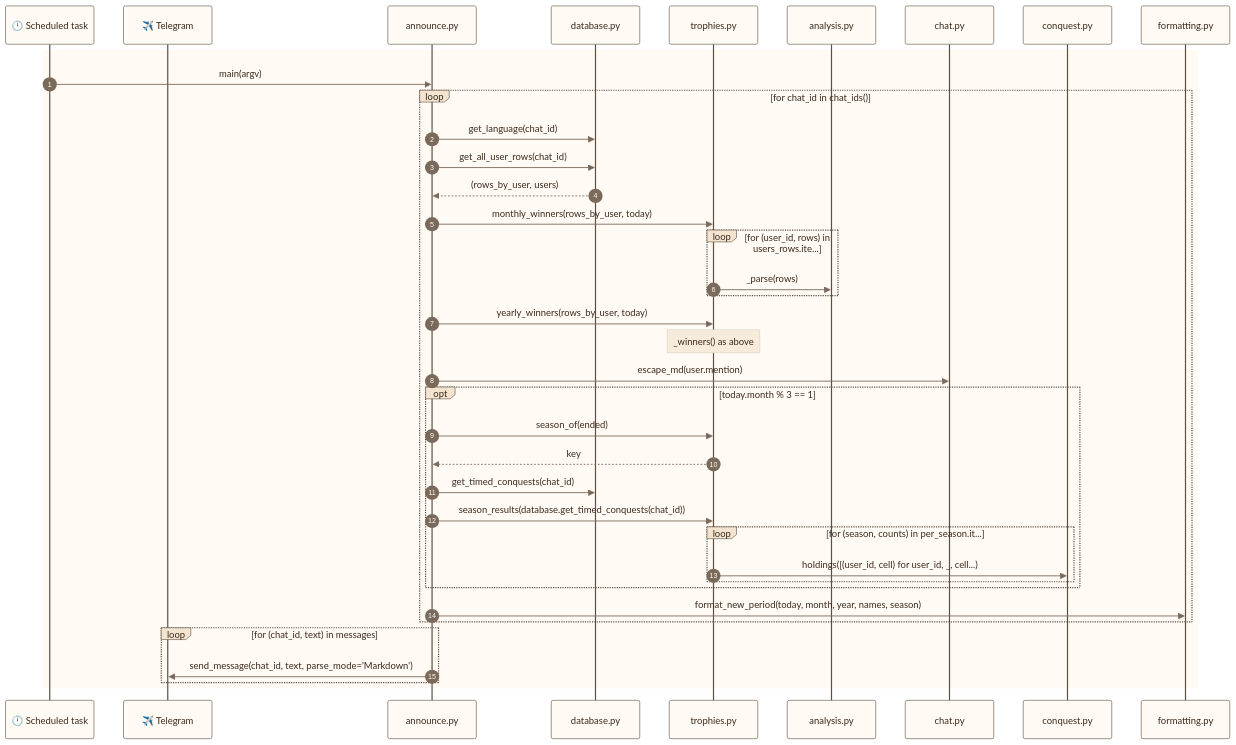
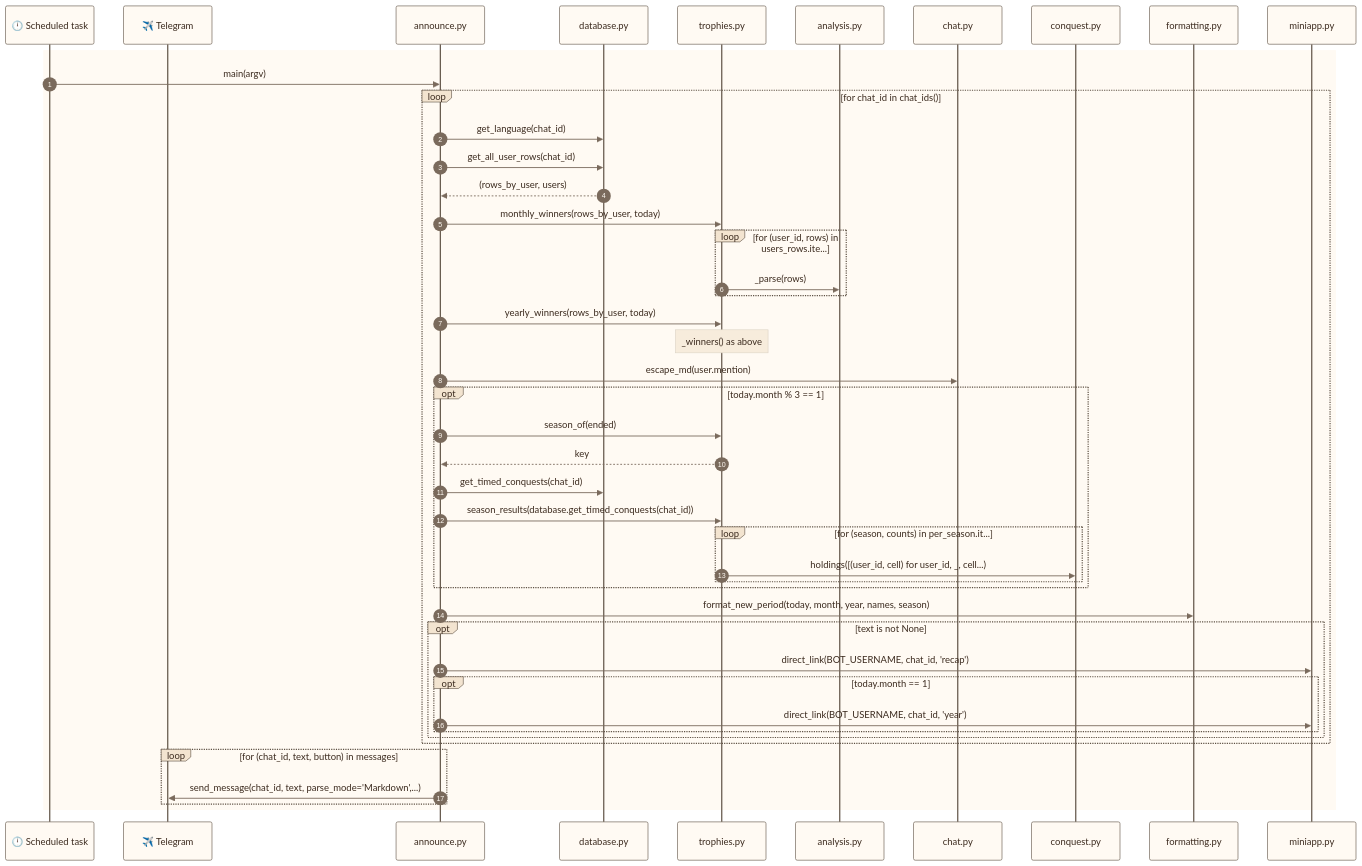
One commit to francescoperrino/Caccometro changed diagram 42 of 42 in docs/use_cases.md. Above: the diagram before and after it, drawn with Mermaid. The commit also changed other lines of this file and 44 other files, not shown here.

First line of the commit message:
Draw the recap of the month and of the year to share (#195)

````diff
--- a/docs/use_cases.md
+++ b/docs/use_cases.md
@@ -3553,72 +3573,79 @@
 ```mermaid
 ---
 config:
   theme: base
   themeVariables:
     fontFamily: "Nunito, Segoe UI, Roboto, sans-serif"
     primaryColor: "#fffaf3"
     primaryTextColor: "#3b2a1e"
     primaryBorderColor: "#eadccb"
     secondaryColor: "#f7ecdc"
     tertiaryColor: "#f3e4d0"
     lineColor: "#7a6a5c"
     textColor: "#3b2a1e"
     edgeLabelBackground: "#fffaf3"
     clusterBkg: "#f3e4d0"
     clusterBorder: "#cbbca9"
     titleColor: "#5c4f42"
     noteBkgColor: "#f7ecdc"
     noteTextColor: "#3b2a1e"
     actorBkg: "#fffaf3"
     actorBorder: "#5c4f42"
     actorTextColor: "#3b2a1e"
     signalColor: "#7a6a5c"
     signalTextColor: "#3b2a1e"
     labelBoxBkgColor: "#f3e4d0"
     loopTextColor: "#3b2a1e"
     sequenceNumberColor: "#fffaf3"
     xyChart:
       plotColorPalette: "#2f4f8f"
 ---
 sequenceDiagram
     accTitle: Sequence diagram, Midnight announcement (scheduled task)
     accDescr: The calls between the modules in time order, starting from announce.main
     autonumber
     participant task as 🕛 Scheduled task
     participant telegram as ✈️ Telegram
     participant announce as announce.py
     participant database as database.py
     participant trophies as trophies.py
     participant analysis as analysis.py
     participant chat as chat.py
     participant conquest as conquest.py
     participant formatting as formatting.py
+    participant miniapp as miniapp.py
     rect rgb(255, 250, 243)
         task->>announce: main(argv)
         loop for chat_id in chat_ids()
             announce->>database: get_language(chat_id)
             announce->>database: get_all_user_rows(chat_id)
             database-->>announce: (rows_by_user, users)
             announce->>trophies: monthly_winners(rows_by_user, today)
             loop for (user_id, rows) in users_rows.ite...
                 trophies->>analysis: _parse(rows)
             end
             announce->>trophies: yearly_winners(rows_by_user, today)
             Note over trophies: _winners() as above
             announce->>chat: escape_md(user.mention)
             opt today.month % 3 == 1
                 announce->>trophies: season_of(ended)
                 trophies-->>announce: key
                 announce->>database: get_timed_conquests(chat_id)
                 announce->>trophies: season_results(database.get_timed_conquests(chat_id))
                 loop for (season, counts) in per_season.it...
                     trophies->>conquest: holdings([(user_id, cell) for user_id, _, cell...)
                 end
             end
             announce->>formatting: format_new_period(today, month, year, names, season)
+            opt text is not None
+                announce->>miniapp: direct_link(BOT_USERNAME, chat_id, 'recap')
+                opt today.month == 1
+                    announce->>miniapp: direct_link(BOT_USERNAME, chat_id, 'year')
+                end
+            end
         end
-        loop for (chat_id, text) in messages
-            announce->>telegram: send_message(chat_id, text, parse_mode='Markdown')
+        loop for (chat_id, text, button) in messages
+            announce->>telegram: send_message(chat_id, text, parse_mode='Markdown',...)
         end
     end
 ```
````
